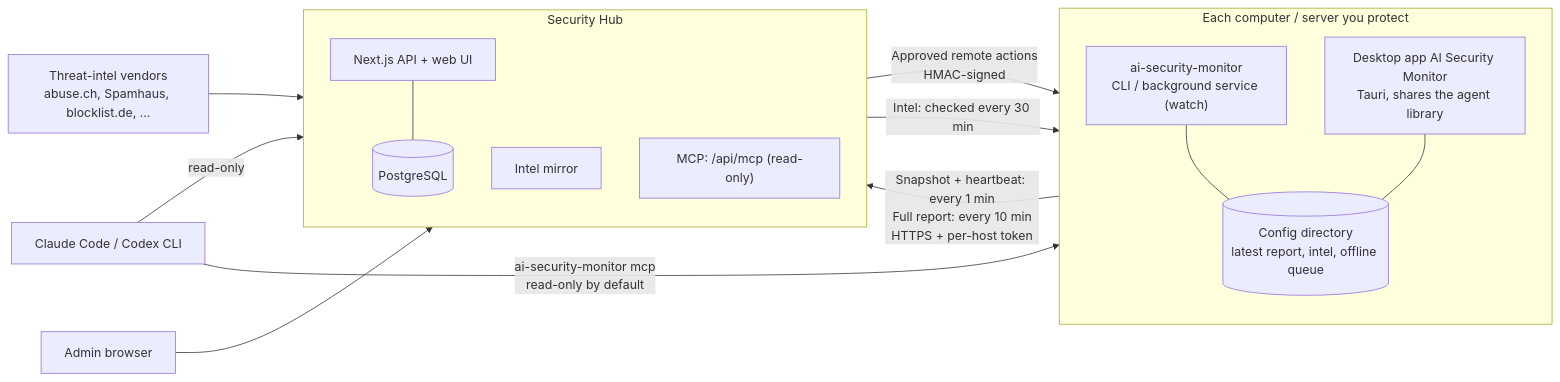
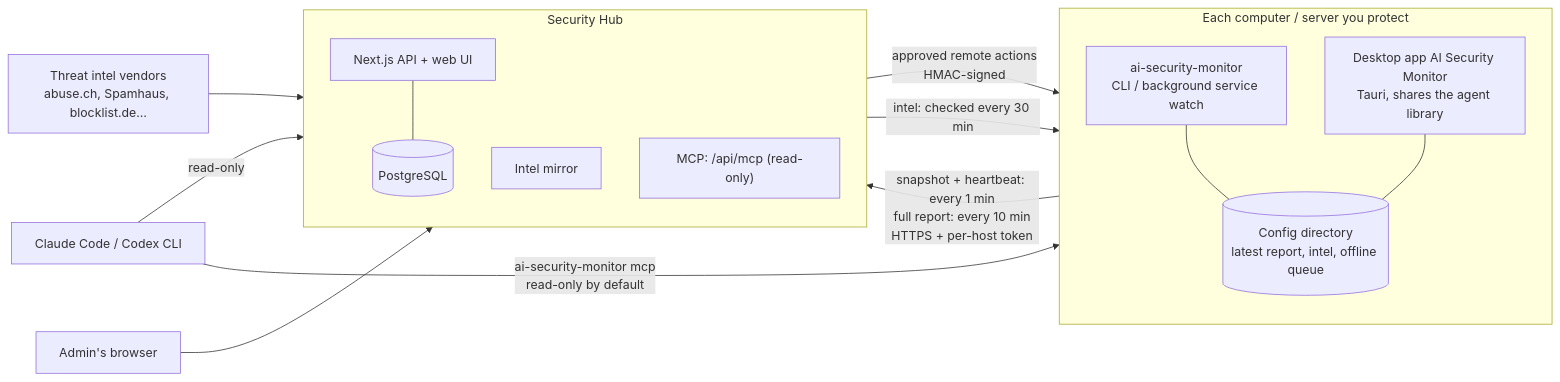
Before and after one commit to markku636/ai-security-monitor: the diagram in README.en.md, drawn with Mermaid. The commit also changed other lines of this file and 1 other file, not shown here.

````diff
--- a/README.en.md
+++ b/README.en.md
@@ -77,32 +295,32 @@
 ```mermaid
 flowchart LR
   subgraph HOST["Each computer / server you protect"]
     direction TB
-    CLI["ai-security-monitor<br/>CLI / background service (watch)"]
+    CLI["ai-security-monitor<br/>CLI / background service watch"]
     DESK["Desktop app AI Security Monitor<br/>Tauri, shares the agent library"]
     CFG[("Config directory<br/>latest report, intel, offline queue")]
     CLI --- CFG
     DESK --- CFG
   end
 
   subgraph HUB["Security Hub"]
     direction TB
     API["Next.js API + web UI"]
     DB[("PostgreSQL")]
     MIRROR["Intel mirror"]
     HMCP["MCP: /api/mcp (read-only)"]
     API --- DB
   end
 
-  VENDORS["Threat-intel vendors<br/>abuse.ch, Spamhaus, blocklist.de, ..."]
-  ADMIN["Admin browser"]
+  VENDORS["Threat intel vendors<br/>abuse.ch, Spamhaus, blocklist.de…"]
+  ADMIN["Admin's browser"]
   AI["Claude Code / Codex CLI"]
 
-  CLI -- "Snapshot + heartbeat: every 1 min<br/>Full report: every 10 min<br/>HTTPS + per-host token" --> API
-  API -- "Approved remote actions<br/>HMAC-signed" --> CLI
+  CLI -- "snapshot + heartbeat: every 1 min<br/>full report: every 10 min<br/>HTTPS + per-host token" --> API
+  API -- "approved remote actions<br/>HMAC-signed" --> CLI
   VENDORS --> MIRROR
-  MIRROR -- "Intel: checked every 30 min" --> CLI
+  MIRROR -- "intel: checked every 30 min" --> CLI
   ADMIN --> API
   AI -- "ai-security-monitor mcp<br/>read-only by default" --> CLI
   AI -- "read-only" --> HMCP
 ```
````
